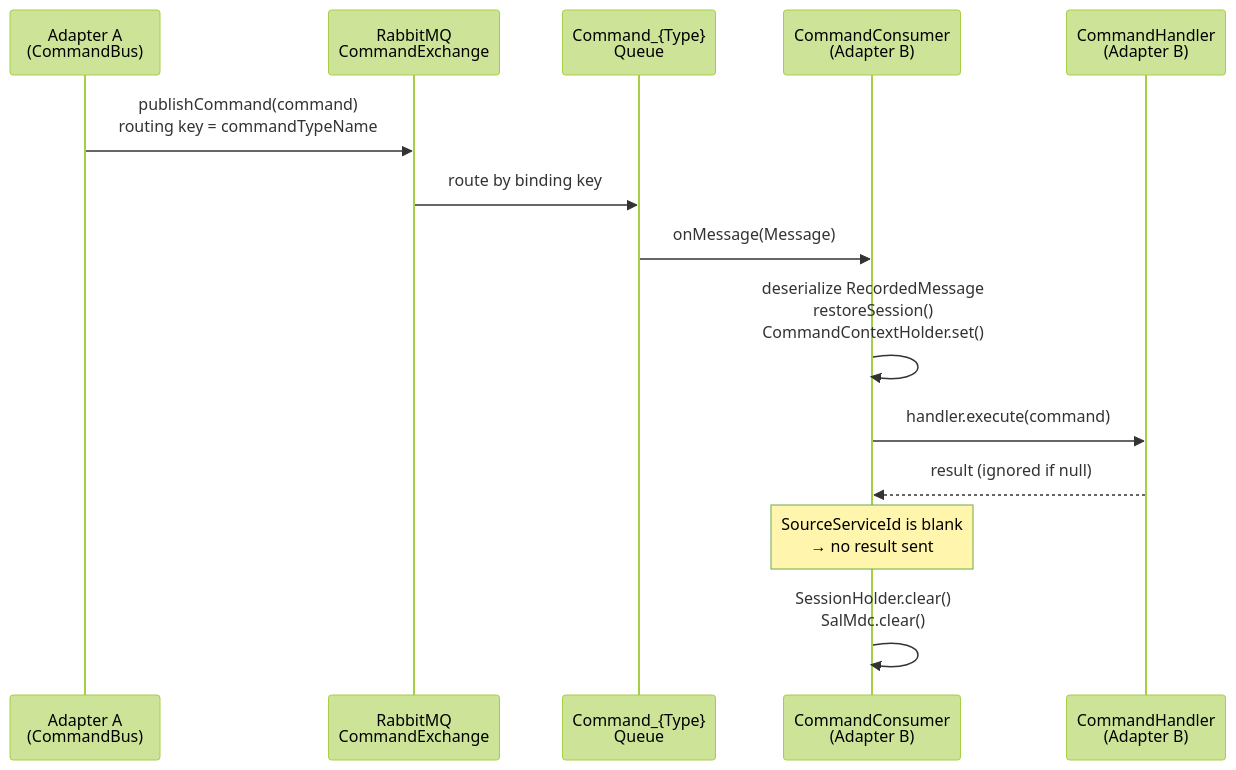
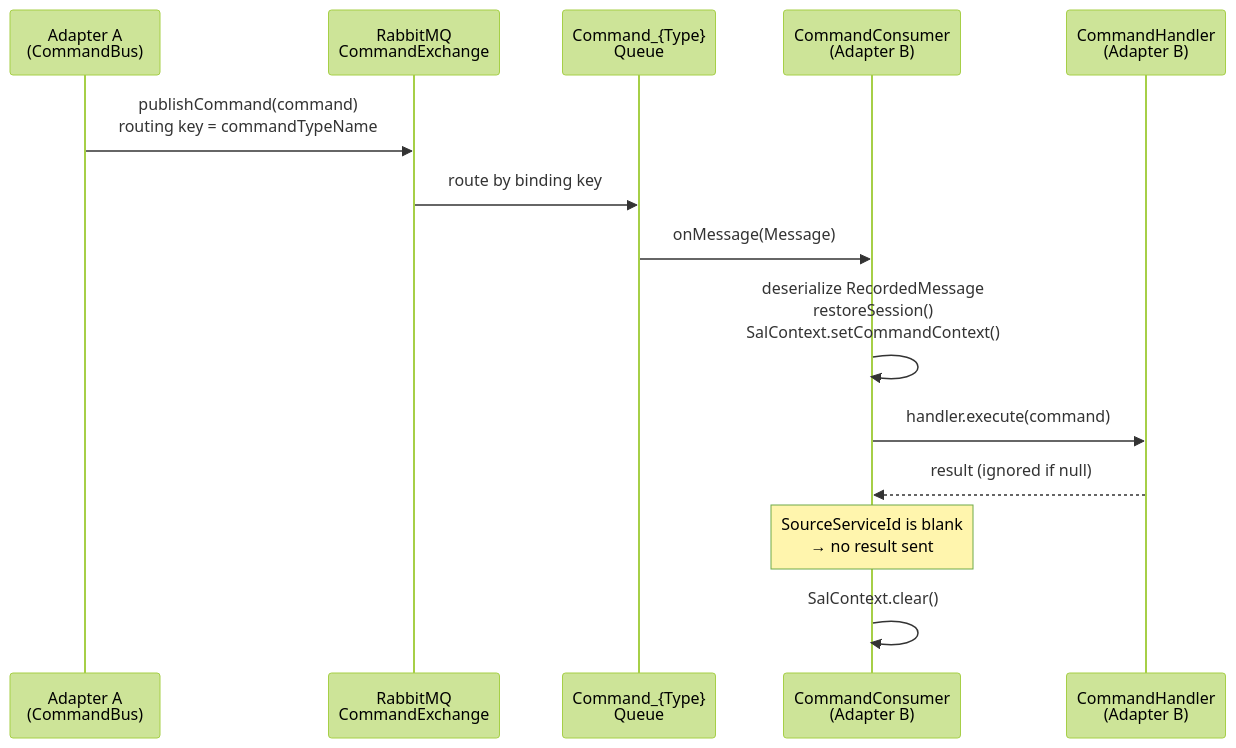
The second of 7 diagrams in docs/architecture.md (yuragavrilov-sketch/sal), drawn with Mermaid (forest theme) before and after one commit. The commit also changed other lines of this file and 7 other files, not shown here.

First line of the commit message:
docs: sync with queue-only architecture — purge web/WatchDog/legacy context holders

````diff
--- a/docs/architecture.md
+++ b/docs/architecture.md
@@ -191,17 +188,17 @@
 ```mermaid
 sequenceDiagram
     participant A as Adapter A<br/>(CommandBus)
     participant CE as RabbitMQ<br/>CommandExchange
     participant Q as Command_{Type}<br/>Queue
     participant CC as CommandConsumer<br/>(Adapter B)
     participant CH as CommandHandler<br/>(Adapter B)
 
     A->>CE: publishCommand(command)<br/>routing key = commandTypeName
     CE->>Q: route by binding key
     Q->>CC: onMessage(Message)
-    CC->>CC: deserialize RecordedMessage<br/>restoreSession()<br/>CommandContextHolder.set()
+    CC->>CC: deserialize RecordedMessage<br/>restoreSession()<br/>SalContext.setCommandContext()
     CC->>CH: handler.execute(command)
     CH-->>CC: result (ignored if null)
     Note over CC: SourceServiceId is blank<br/>→ no result sent
-    CC->>CC: SessionHolder.clear()<br/>SalMdc.clear()
+    CC->>CC: SalContext.clear()
 ```
````
